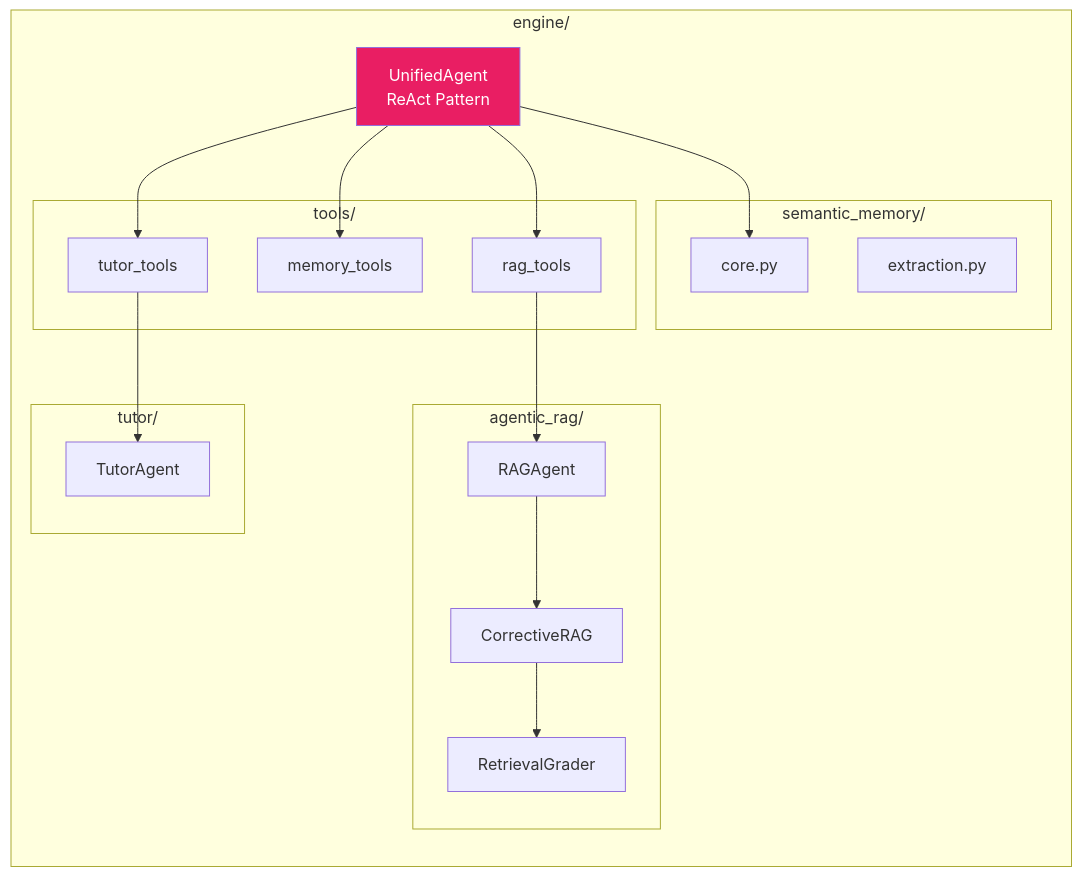
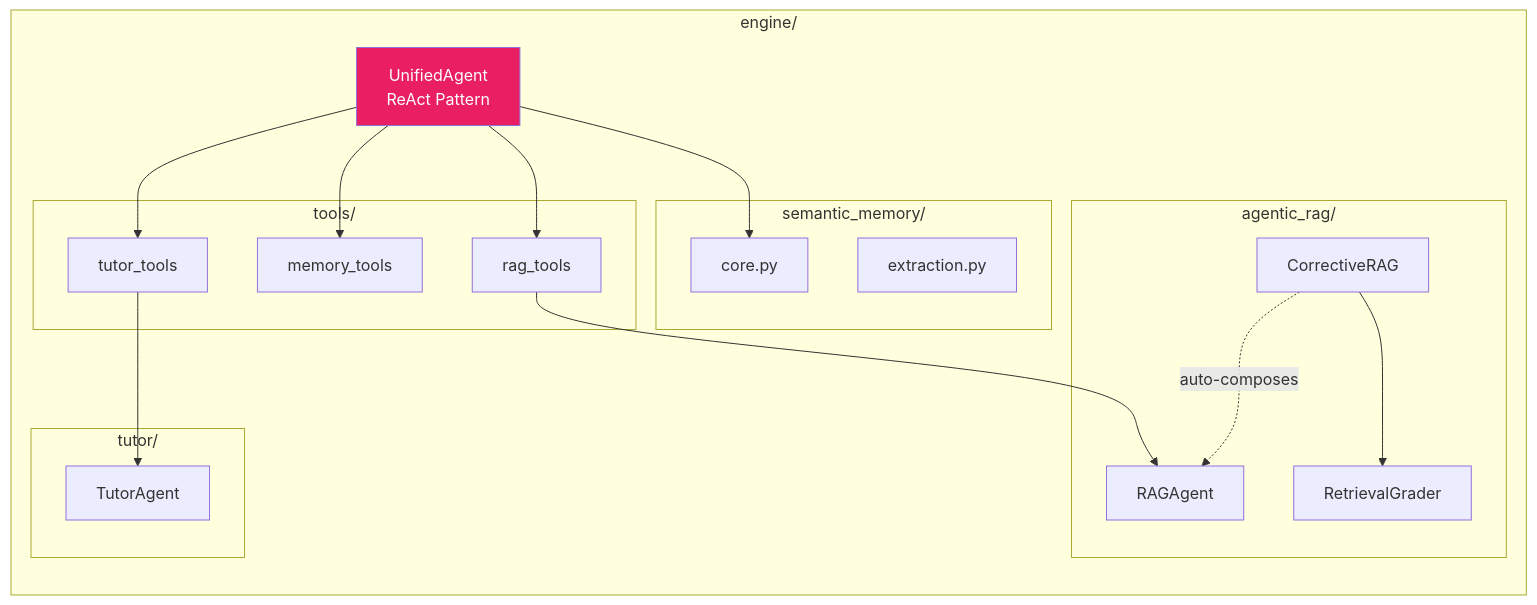
One commit to meiiie/LMS_AI changed the third of 10 diagrams in docs/architecture/FOLDER_MAP.md. Above: the diagram before and after it, drawn with Mermaid. The commit also changed other lines of this file and 5 other files, not shown here.

````diff
--- a/docs/architecture/FOLDER_MAP.md
+++ b/docs/architecture/FOLDER_MAP.md
@@ -98,38 +98,38 @@
 ```mermaid
 graph LR
     subgraph "engine/"
         UA[UnifiedAgent<br/>ReAct Pattern]
         
         subgraph "agentic_rag/"
             RA[RAGAgent]
             CRAG[CorrectiveRAG]
             RG[RetrievalGrader]
         end
         
         subgraph "tools/"
             RT[rag_tools]
             MT[memory_tools]
             TT[tutor_tools]
         end
         
         subgraph "semantic_memory/"
             SMC[core.py]
             SME[extraction.py]
         end
         
         subgraph "tutor/"
             TA[TutorAgent]
         end
     end
     
     UA --> RT
     UA --> MT
     UA --> TT
     TT --> TA
     RT --> RA
-    RA --> CRAG
+    CRAG -.->|auto-composes| RA
     CRAG --> RG
     UA --> SMC
     
     style UA fill:#E91E63,color:white
 ```
````
